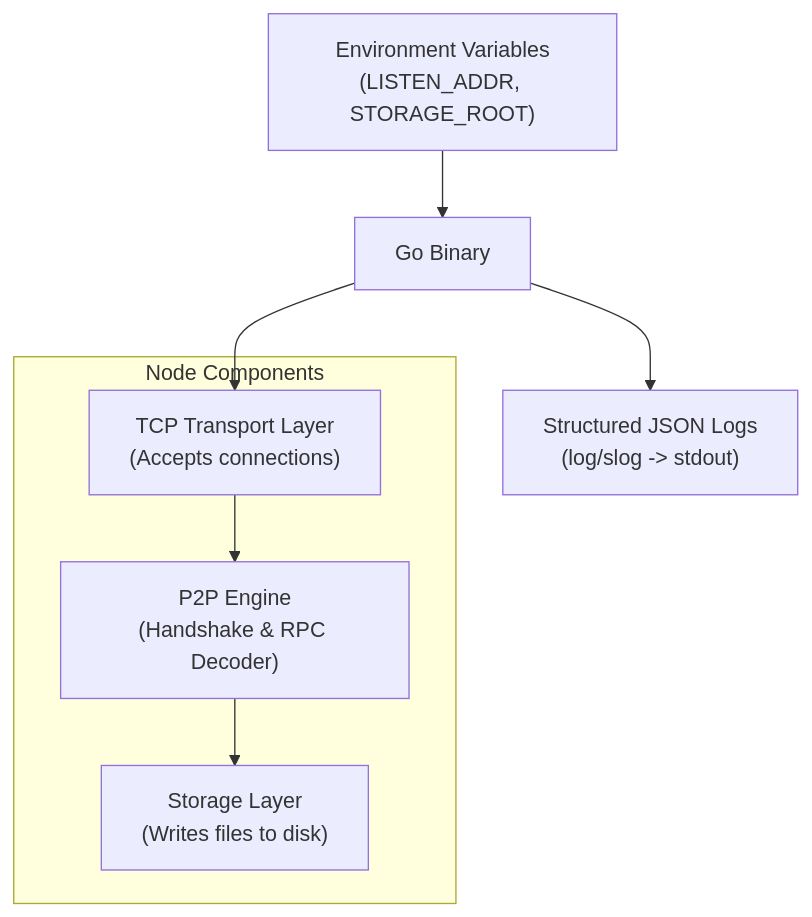
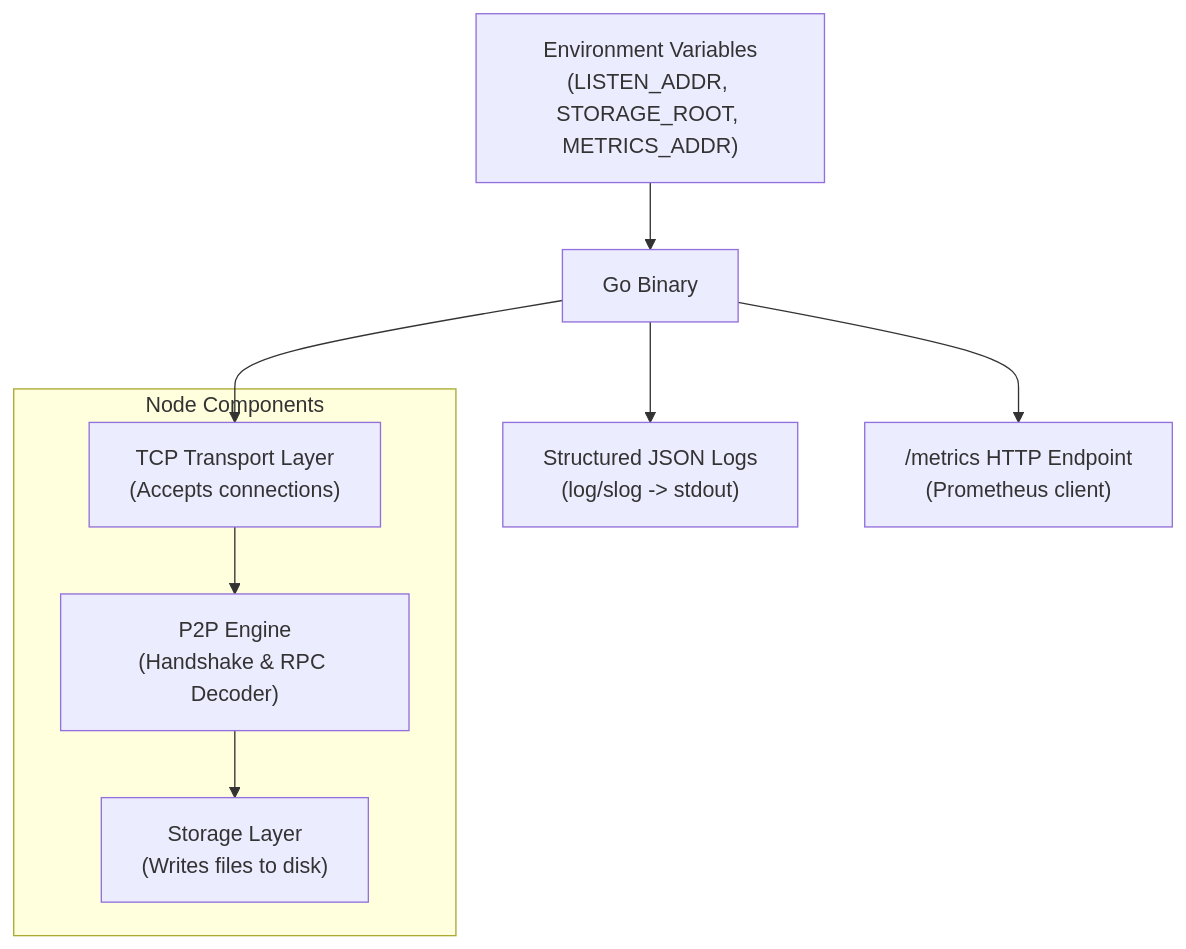
One commit to adarshkshitij/Hivefs changed the second of 2 diagrams in ReadMe.md. Above: the diagram before and after it, drawn with Mermaid. The commit also changed other lines of this file and 13 other files, not shown here.

Commit message:
feat: Phase 3 - Prometheus metrics and Grafana observability

````diff
--- a/ReadMe.md
+++ b/ReadMe.md
@@ -61,12 +68,13 @@
 ```mermaid
 flowchart TD
-    ENV["Environment Variables<br/>(LISTEN_ADDR, STORAGE_ROOT)"] --> Binary["Go Binary"]
+    ENV["Environment Variables<br/>(LISTEN_ADDR, STORAGE_ROOT, METRICS_ADDR)"] --> Binary["Go Binary"]
     Binary --> LOGS["Structured JSON Logs<br/>(log/slog -> stdout)"]
+    Binary --> METRICS["/metrics HTTP Endpoint<br/>(Prometheus client)"]
     
     subgraph Node Components
         TCP["TCP Transport Layer<br/>(Accepts connections)"] --> P2P["P2P Engine<br/>(Handshake & RPC Decoder)"]
         P2P --> Storage["Storage Layer<br/>(Writes files to disk)"]
     end
     
     Binary --> TCP
 ```
````
